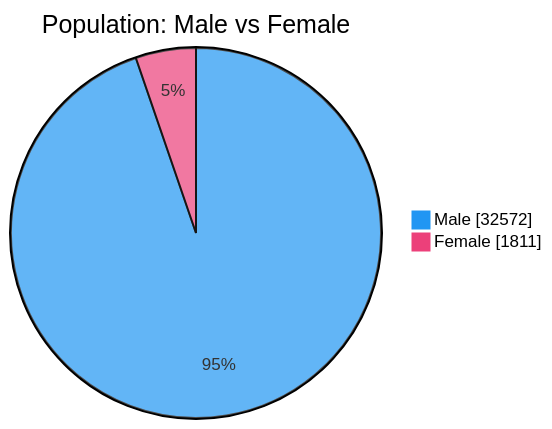
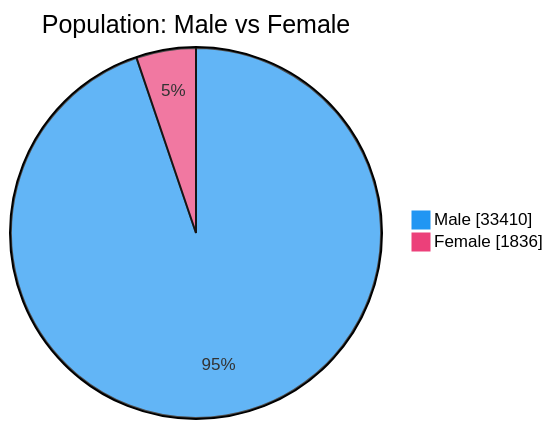
One commit to nuuuwan/lk_prisons changed the second of 7 diagrams in README.md. Above: the diagram before and after it, drawn with Mermaid. The commit also changed other lines of this file and 1 other file, not shown here.

````diff
--- a/README.md
+++ b/README.md
@@ -54,6 +54,6 @@
 ```mermaid
 %%{init: {'themeVariables': {'pie1': '#2196F3', 'pie2': '#EC407A'}}}%%
 pie showData title Population: Male vs Female
-    "Male" : 32572
-    "Female" : 1811
+    "Male" : 33410
+    "Female" : 1836
 ```
````
